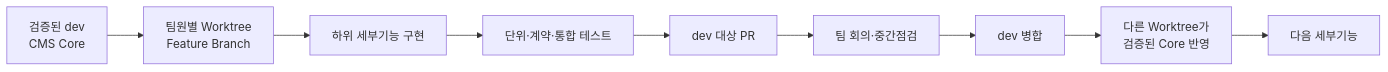
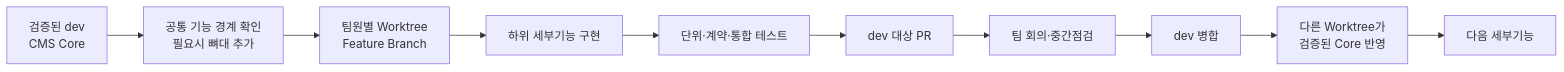
Before and after one commit to urizo-final-org/urizo-final-master: the second of 2 diagrams in docs/product/AI_CORE_FUTURE_CONSIDERATIONS_v0.1.md, drawn with Mermaid. The commit also changed other lines of this file and 2 other files, not shown here.

First line of the commit message:
docs(axms-ai-feature-boundaries/tmdwns0531): Git 작업 식별과 AI 경계 가이드 보강

````diff
--- a/docs/product/AI_CORE_FUTURE_CONSIDERATIONS_v0.1.md
+++ b/docs/product/AI_CORE_FUTURE_CONSIDERATIONS_v0.1.md
@@ -172,11 +192,12 @@
 ```mermaid
 flowchart LR
-    DEV["검증된 dev<br/>CMS Core"] --> WT["팀원별 Worktree<br/>Feature Branch"]
+    DEV["검증된 dev<br/>CMS Core"] --> BASE["공통 기능 경계 확인<br/>필요시 뼈대 추가"]
+    BASE --> WT["팀원별 Worktree<br/>Feature Branch"]
     WT --> S1["하위 세부기능 구현"]
     S1 --> TEST["단위·계약·통합 테스트"]
     TEST --> PR["dev 대상 PR"]
     PR --> CHECK["팀 회의·중간점검"]
     CHECK --> MERGE["dev 병합"]
     MERGE --> SYNC["다른 Worktree가<br/>검증된 Core 반영"]
     SYNC --> S2["다음 세부기능"]
 ```
````
